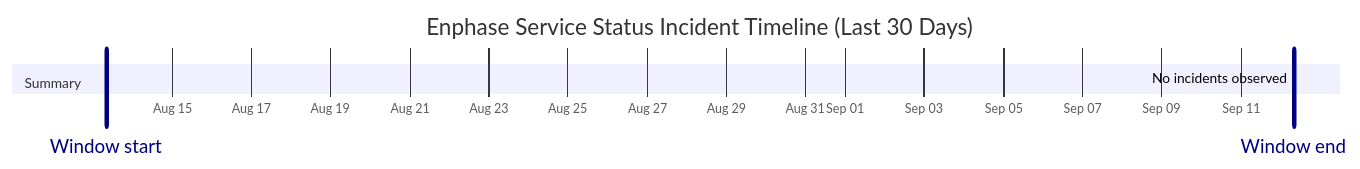
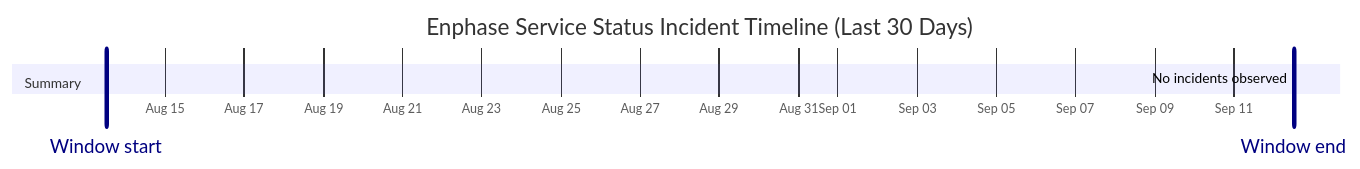
The diagram in wiki/Service-Status-History.md (barneyonline/ha-enphase-energy), drawn with Mermaid before and after one commit. The commit also changed other lines of this file and 3 other files, not shown here.

````diff
--- a/wiki/Service-Status-History.md
+++ b/wiki/Service-Status-History.md
@@ -14,10 +14,10 @@
 ```mermaid
 gantt
     title Enphase Service Status Incident Timeline (Last 30 Days)
     dateFormat  YYYY-MM-DDTHH:mm:ss
     axisFormat  %b %d
-    Window start :vert, window-start, 2026-08-13T08:03:12, 0ms
-    Window end :vert, window-end, 2026-09-12T08:03:12, 0ms
+    Window start :vert, window-start, 2026-08-13T12:16:43, 0ms
+    Window end :vert, window-end, 2026-09-12T12:16:43, 0ms
     section Summary
-    No incidents observed :done, 2026-09-12T08:03:12, 1m
+    No incidents observed :done, 2026-09-12T12:16:43, 1m
 ```
````
